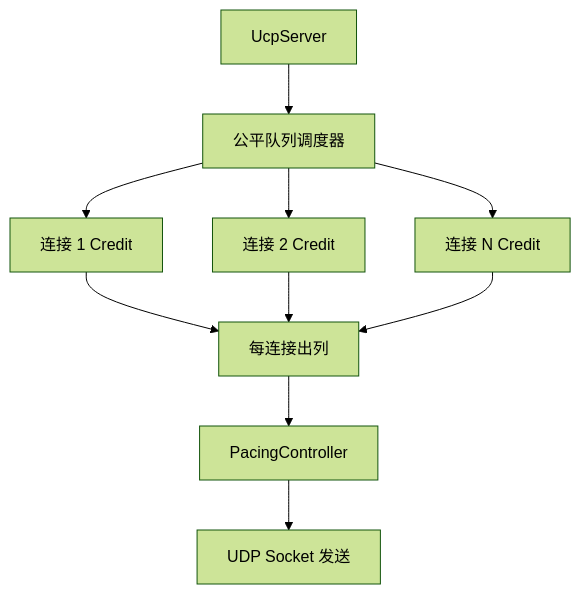
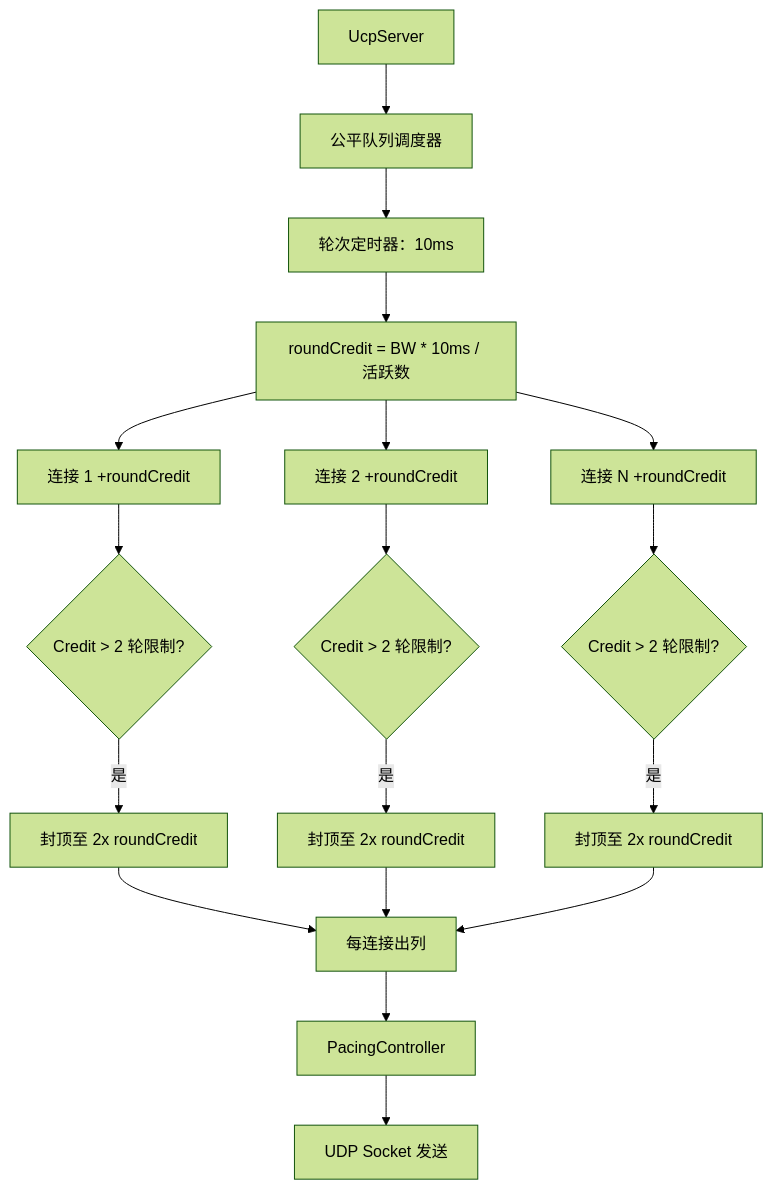
The seventh of 14 diagrams in docs/architecture_CN.md (liulilittle/ucp), drawn with Mermaid (forest theme) before and after one commit. The commit also changed other lines of this file and 17 other files, not shown here.

````diff
--- a/docs/architecture_CN.md
+++ b/docs/architecture_CN.md
@@ -121,12 +238,23 @@
 ```mermaid
 flowchart TD
     Server[UcpServer] --> FQ[公平队列调度器]
-    FQ --> Conn1[连接 1 Credit]
-    FQ --> Conn2[连接 2 Credit]
-    FQ --> Conn3[连接 N Credit]
-    Conn1 --> Dequeue[每连接出列]
-    Conn2 --> Dequeue
-    Conn3 --> Dequeue
+    FQ --> Round[轮次定时器：10ms]
+    Round --> Calc[roundCredit = BW * 10ms / 活跃数]
+    Calc --> Conn1[连接 1 +roundCredit]
+    Calc --> Conn2[连接 2 +roundCredit]
+    Calc --> Conn3[连接 N +roundCredit]
+
+    Conn1 --> Cap1{Credit > 2 轮限制?}
+    Conn2 --> Cap2{Credit > 2 轮限制?}
+    Conn3 --> Cap3{Credit > 2 轮限制?}
+
+    Cap1 -->|是| Discard1[封顶至 2x roundCredit]
+    Cap2 -->|是| Discard2[封顶至 2x roundCredit]
+    Cap3 -->|是| Discard3[封顶至 2x roundCredit]
+
+    Discard1 --> Dequeue[每连接出列]
+    Discard2 --> Dequeue
+    Discard3 --> Dequeue
     Dequeue --> Pacing[PacingController]
     Pacing --> Socket[UDP Socket 发送]
 ```
````
